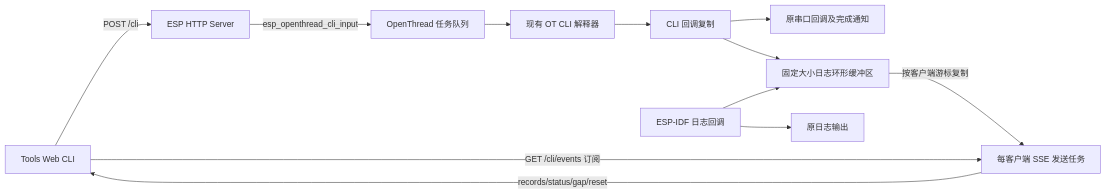
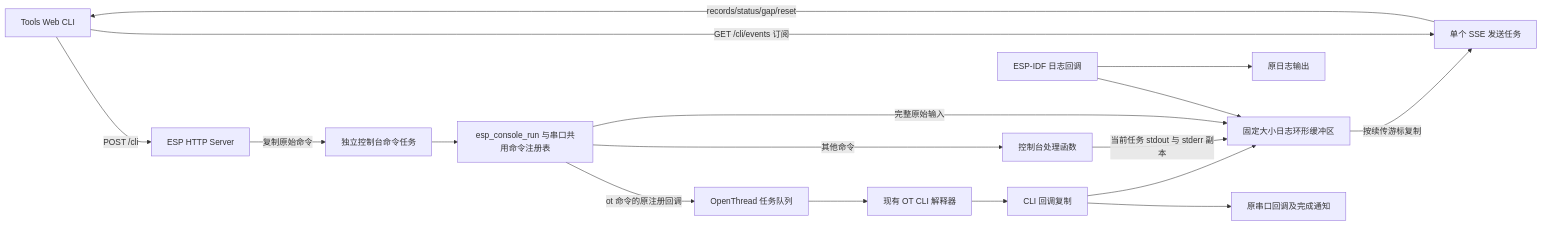
The diagram in docs/webui-web-cli.md (Siflorite/esp-thread-br), drawn with Mermaid before and after one commit. The commit also changed other lines of this file and 10 other files, not shown here.

````diff
--- a/docs/webui-web-cli.md
+++ b/docs/webui-web-cli.md
@@ -50,14 +50,19 @@
 ```mermaid
 flowchart LR
     UI[Tools Web CLI] -->|POST /cli| HTTP[ESP HTTP Server]
-    HTTP -->|esp_openthread_cli_input| Queue[OpenThread 任务队列]
+    HTTP -->|复制原始命令| Worker[独立控制台命令任务]
+    Worker --> Run[esp_console_run 与串口共用命令注册表]
+    Run -->|ot 命令的原注册回调| Queue[OpenThread 任务队列]
+    Run -->|其他命令| Handler[控制台处理函数]
+    Handler -->|当前任务 stdout 与 stderr 副本| Ring
+    Run -->|完整原始输入| Ring
     Queue --> Interpreter[现有 OT CLI 解释器]
     Interpreter --> Tee[CLI 回调复制]
     Tee --> Serial[原串口回调及完成通知]
     Tee --> Ring[固定大小日志环形缓冲区]
     Log[ESP-IDF 日志回调] --> Ring
     Log --> Console[原日志输出]
-    UI -->|GET /cli/events 订阅| SSE[每客户端 SSE 发送任务]
-    Ring -->|按客户端游标复制| SSE
+    UI -->|GET /cli/events 订阅| SSE[单个 SSE 发送任务]
+    Ring -->|按续传游标复制| SSE
     SSE -->|records/status/gap/reset| UI
 ```
````
